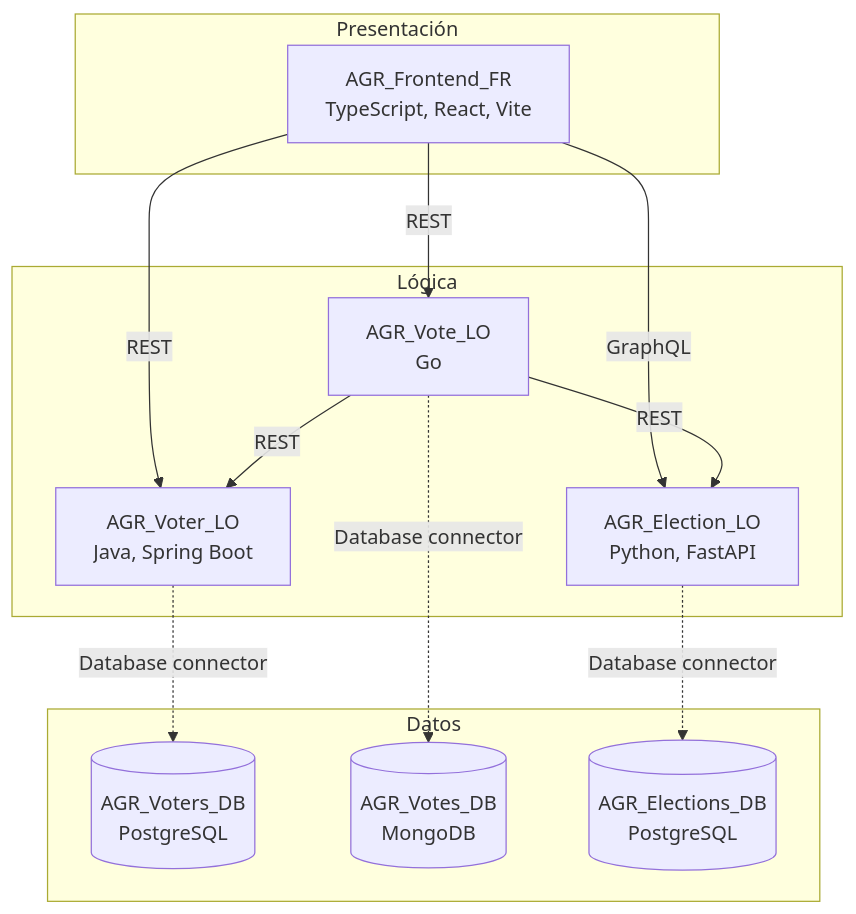
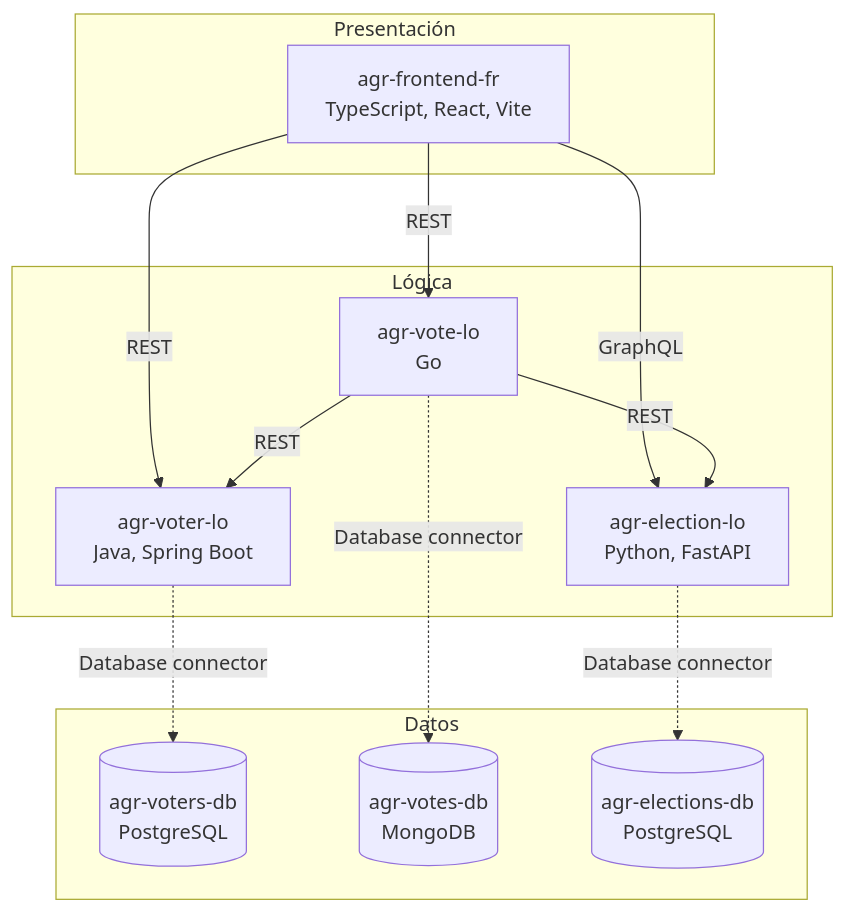
One commit to Cam152/ArquiSoft changed the first of 3 diagrams in README.md. Above: the diagram before and after it, drawn with Mermaid. The commit also changed other lines of this file and 5 other files, not shown here.

Commit message:
Update member names and component naming conventions in documentation; adjust PostgreSQL port configuration in docker-compose.

````diff
--- a/README.md
+++ b/README.md
@@ -61,24 +61,24 @@
 ```mermaid
 flowchart TB
   subgraph PRES["Presentación"]
-    FE["AGR_Frontend_FR<br/>TypeScript, React, Vite"]
+    FE["agr-frontend-fr<br/>TypeScript, React, Vite"]
   end
   subgraph LOGI["Lógica"]
-    VS["AGR_Voter_LO<br/>Java, Spring Boot"]
-    TS["AGR_Vote_LO<br/>Go"]
-    ES["AGR_Election_LO<br/>Python, FastAPI"]
+    VS["agr-voter-lo<br/>Java, Spring Boot"]
+    TS["agr-vote-lo<br/>Go"]
+    ES["agr-election-lo<br/>Python, FastAPI"]
   end
   subgraph DATA["Datos"]
-    VDB[("AGR_Voters_DB<br/>PostgreSQL")]
-    TDB[("AGR_Votes_DB<br/>MongoDB")]
-    EDB[("AGR_Elections_DB<br/>PostgreSQL")]
+    VDB[("agr-voters-db<br/>PostgreSQL")]
+    TDB[("agr-votes-db<br/>MongoDB")]
+    EDB[("agr-elections-db<br/>PostgreSQL")]
   end
   FE -- REST --> VS
   FE -- REST --> TS
   FE -- GraphQL --> ES
   TS -- REST --> VS
   TS -- REST --> ES
   VS -. Database connector .-> VDB
   TS -. Database connector .-> TDB
   ES -. Database connector .-> EDB
 ```
````
